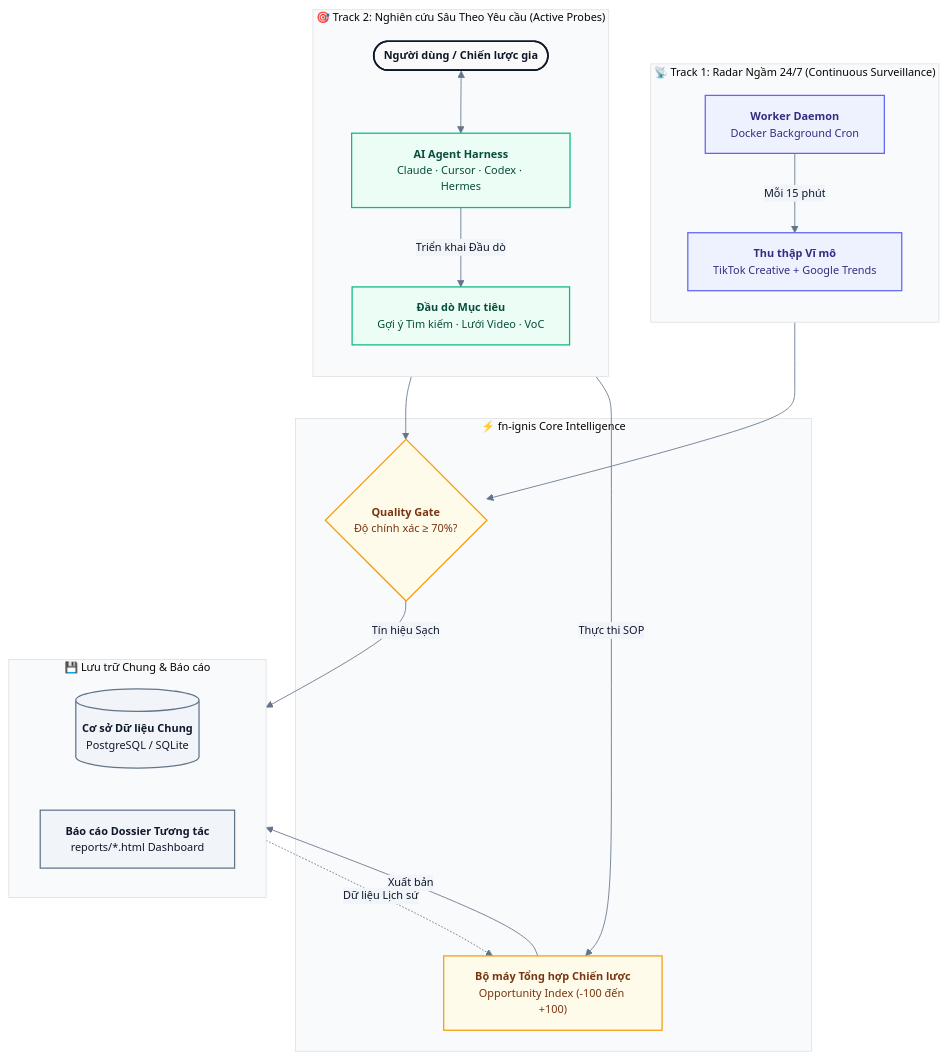
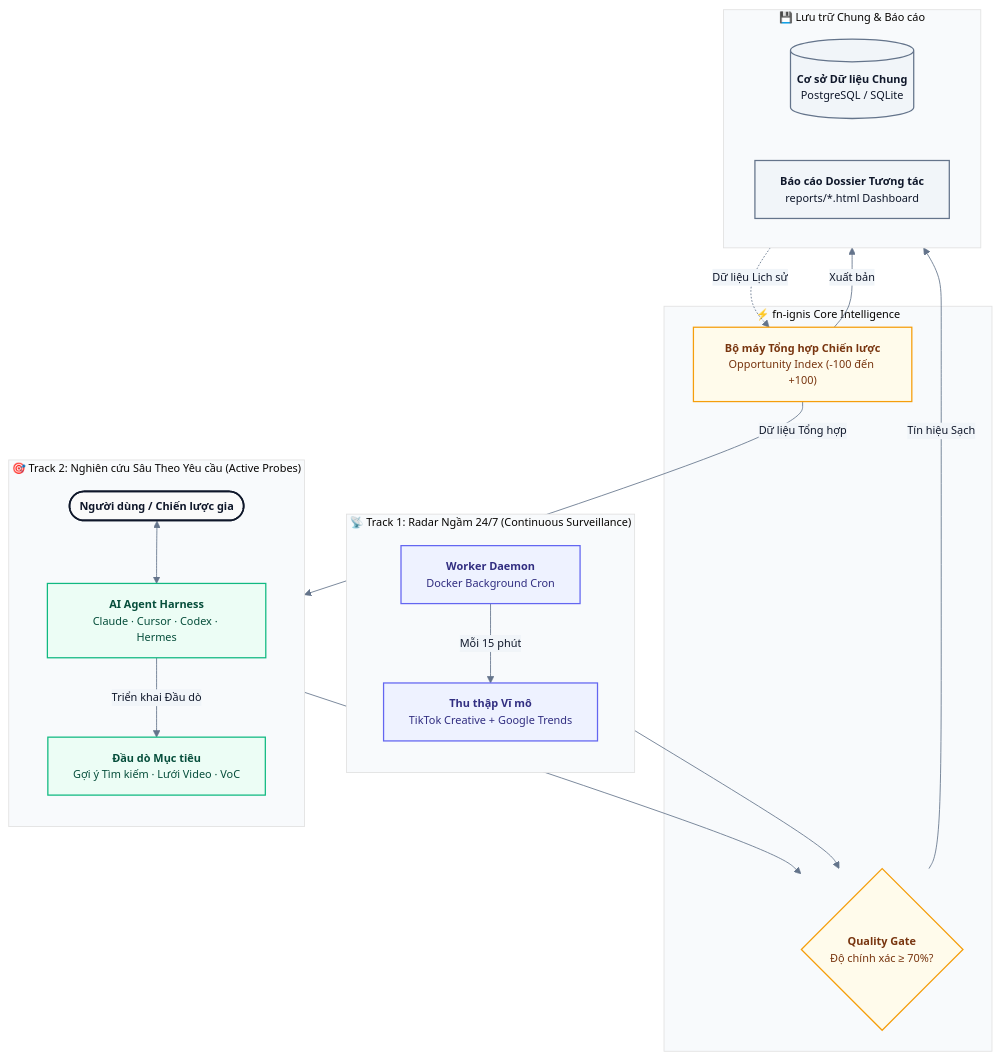
One commit to fioenix/fn-ignis changed the diagram in README.vi.md. Above: the diagram before and after it, drawn with Mermaid. The commit also changed 4 other files, not shown here.

Commit message:
Fix architecture diagram arrow routing from Opportunity Engine to AI Agent

````diff
--- a/README.vi.md
+++ b/README.vi.md
@@ -41,52 +41,52 @@
 ```mermaid
 %%{init: {'theme': 'base', 'themeVariables': { 'fontFamily': 'ui-sans-serif, system-ui, sans-serif', 'fontSize': '13px', 'primaryColor': '#F8FAFC', 'primaryTextColor': '#0F172A', 'primaryBorderColor': '#CBD5E1', 'lineColor': '#64748B', 'secondaryColor': '#F1F5F9', 'tertiaryColor': '#F8FAFC'}}}%%
 flowchart TB
     %% Inputs
     subgraph T1["📡 Track 1: Radar Ngầm 24/7 (Continuous Surveillance)"]
         direction TB
         W["<b>Worker Daemon</b><br/>Docker Background Cron"]
         P1["<b>Thu thập Vĩ mô</b><br/>TikTok Creative + Google Trends"]
         W -->|Mỗi 15 phút| P1
     end
 
     subgraph T2["🎯 Track 2: Nghiên cứu Sâu Theo Yêu cầu (Active Probes)"]
         direction TB
         User(["<b>Người dùng / Chiến lược gia</b>"]) <--> Agent["<b>AI Agent Harness</b><br/>Claude · Cursor · Codex · Hermes"]
         P2["<b>Đầu dò Mục tiêu</b><br/>Gợi ý Tìm kiếm · Lưới Video · VoC"]
         Agent -->|Triển khai Đầu dò| P2
     end
 
     %% Engine & Gate
     subgraph Core["⚡ fn-ignis Core Intelligence"]
         QGate{"<b>Quality Gate</b><br/>Độ chính xác &ge; 70%?"}
         Synth["<b>Bộ máy Tổng hợp Chiến lược</b><br/>Opportunity Index (-100 đến +100)"]
     end
 
     %% Persistence & Outputs
     subgraph Storage["💾 Lưu trữ Chung & Báo cáo"]
         direction LR
         DB[("<b>Cơ sở Dữ liệu Chung</b><br/>PostgreSQL / SQLite")]
         Artifact["<b>Báo cáo Dossier Tương tác</b><br/>reports/*.html Dashboard"]
     end
 
     %% Cross connections
     P1 --> QGate
     P2 --> QGate
     QGate -->|Tín hiệu Sạch| DB
     DB -.->|Dữ liệu Lịch sử| Synth
-    Agent -->|Thực thi SOP| Synth
+    Synth -->|Dữ liệu Tổng hợp| Agent
     Synth -->|Xuất bản| Artifact
 
     %% Styling classes
     classDef radar fill:#EEF2FF,stroke:#6366F1,stroke-width:1.5px,color:#312E81;
     classDef probe fill:#ECFDF5,stroke:#10B981,stroke-width:1.5px,color:#064E3B;
     classDef core fill:#FFFBEB,stroke:#F59E0B,stroke-width:1.5px,color:#78350F;
     classDef storage fill:#F1F5F9,stroke:#64748B,stroke-width:1.5px,color:#0F172A;
     classDef highlight fill:#FAFAFA,stroke:#0F172A,stroke-width:2px,color:#0F172A;
 
     class W,P1 radar;
     class Agent,P2 probe;
     class QGate,Synth core;
     class DB,Artifact storage;
     class User highlight;
 ```
````
